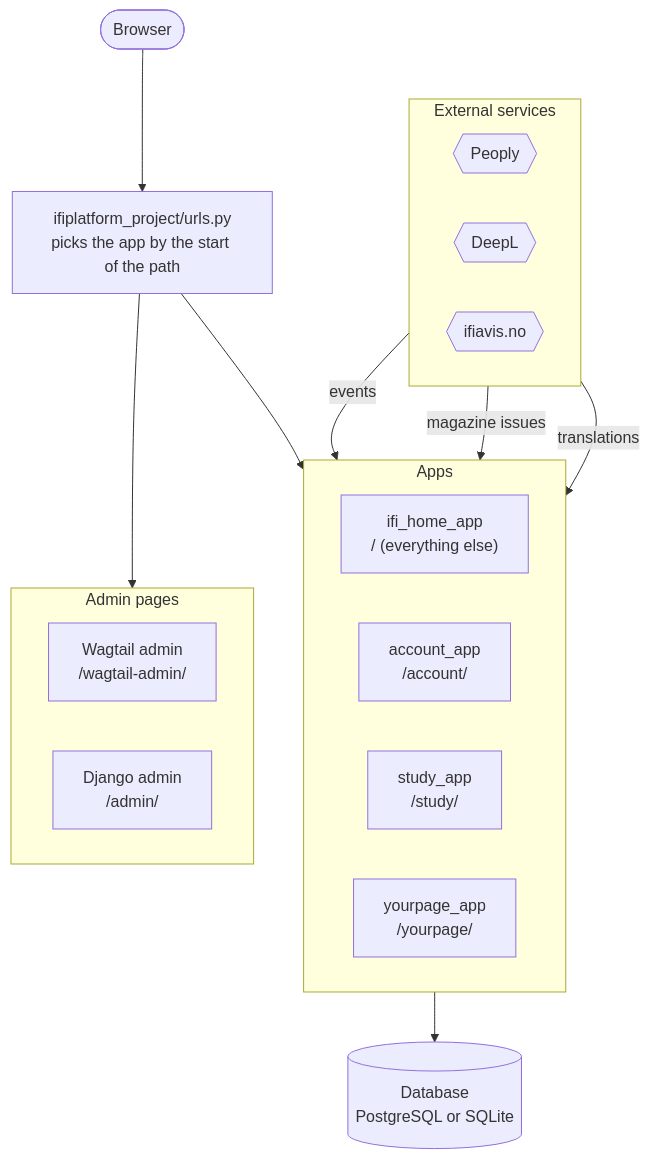
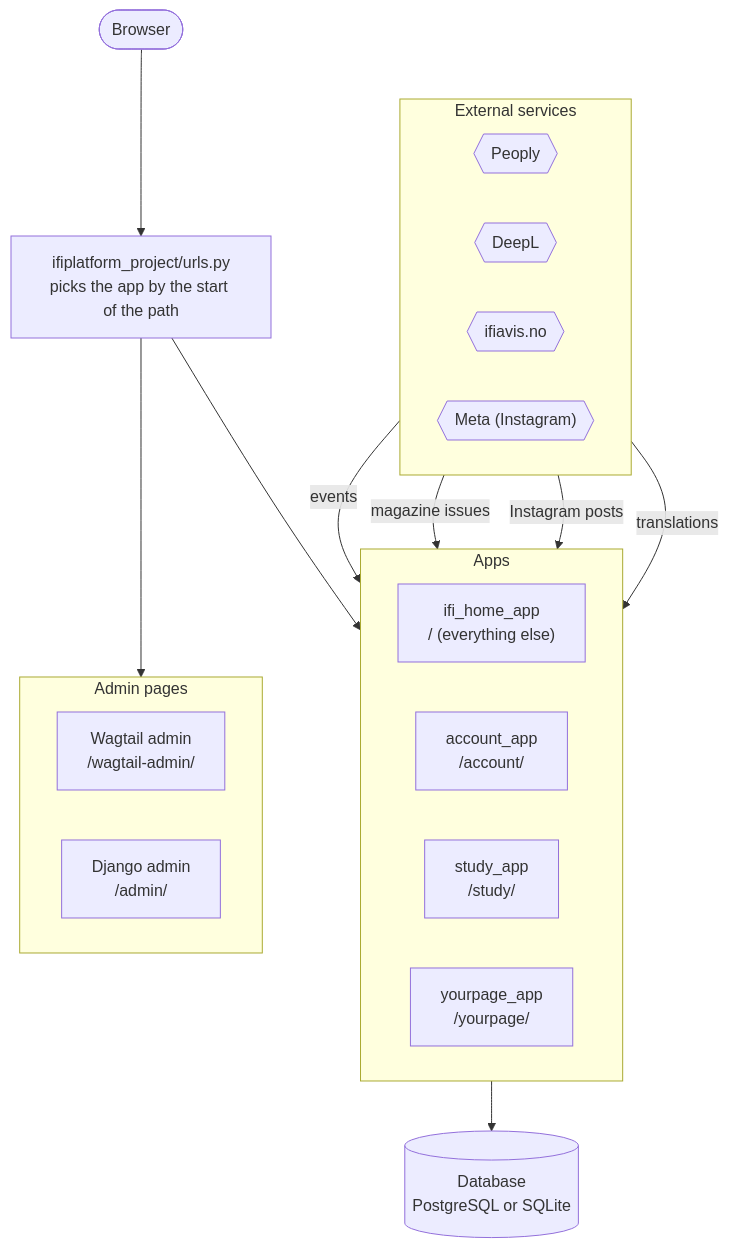
Before and after one commit to Creators-Guild/IfiPlatform: the first of 6 diagrams in docs/architecture/overview.md, drawn with Mermaid. The commit also changed other lines of this file and 37 other files, not shown here.

First line of the commit message:
home: Ifi Instagram feed synced from Meta's Graph API

````diff
--- a/docs/architecture/overview.md
+++ b/docs/architecture/overview.md
@@ -80,34 +80,36 @@
 ```mermaid
 flowchart TD
     browser(["Browser"]) --> root["ifiplatform_project/urls.py<br/>picks the app by the start of the path"]
 
     root --> apps
     root --> admins
 
     subgraph apps["Apps"]
         direction LR
         home["ifi_home_app<br/>/ (everything else)"]
         account["account_app<br/>/account/"]
         study["study_app<br/>/study/"]
         yourpage["yourpage_app<br/>/yourpage/"]
     end
 
     subgraph admins["Admin pages"]
         direction LR
         wtadmin["Wagtail admin<br/>/wagtail-admin/"]
         djadmin["Django admin<br/>/admin/"]
     end
 
     apps --> db[("Database<br/>PostgreSQL or SQLite")]
 
     subgraph ext["External services"]
         direction LR
         peoply{{"Peoply"}}
         deepl{{"DeepL"}}
         ifiavis{{"ifiavis.no"}}
+        meta{{"Meta (Instagram)"}}
     end
 
     peoply -- "events" --> home
     ifiavis -- "magazine issues" --> home
+    meta -- "Instagram posts" --> home
     deepl -- "translations" --> home
 ```
````
